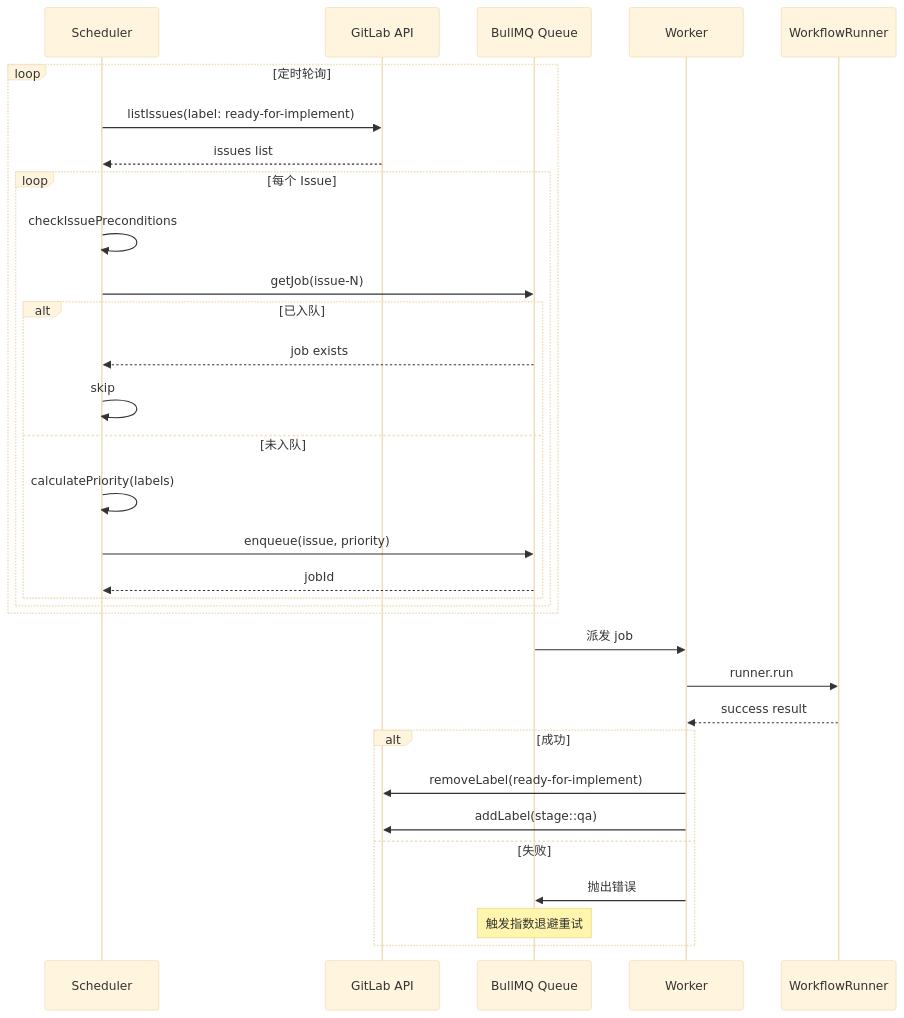
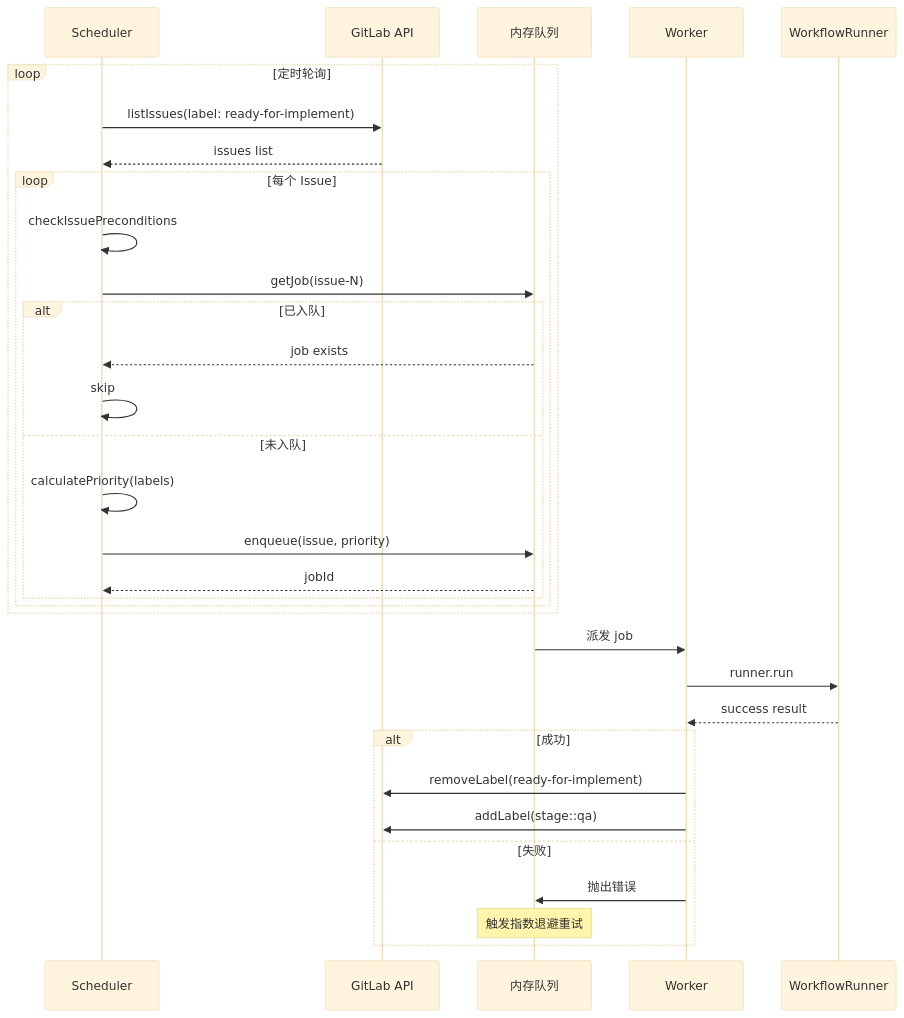
Before and after one commit to easyhaloo/afk: the ninth of 13 diagrams in docs/ARCHITECTURE_zh.md, drawn with Mermaid (base theme). The commit also changed other lines of this file and 6 other files, not shown here.

First line of the commit message:
refactor: align ARCHITECTURE docs with actual implementation

````diff
--- a/docs/ARCHITECTURE_zh.md
+++ b/docs/ARCHITECTURE_zh.md
@@ -512,38 +551,38 @@
 ```mermaid
 sequenceDiagram
     participant S as Scheduler
     participant GL as GitLab API
-    participant Q as BullMQ Queue
+    participant Q as 内存队列
     participant W as Worker
     participant R as WorkflowRunner
 
     loop 定时轮询
         S->>GL: listIssues(label: ready-for-implement)
         GL-->>S: issues list
 
         loop 每个 Issue
             S->>S: checkIssuePreconditions
             S->>Q: getJob(issue-N)
             alt 已入队
                 Q-->>S: job exists
                 S->>S: skip
             else 未入队
                 S->>S: calculatePriority(labels)
                 S->>Q: enqueue(issue, priority)
                 Q-->>S: jobId
             end
         end
     end
 
     Q->>W: 派发 job
     W->>R: runner.run
     R-->>W: success result
 
     alt 成功
         W->>GL: removeLabel(ready-for-implement)
         W->>GL: addLabel(stage::qa)
     else 失败
         W->>Q: 抛出错误
         Note over Q: 触发指数退避重试
     end
 ```
````
